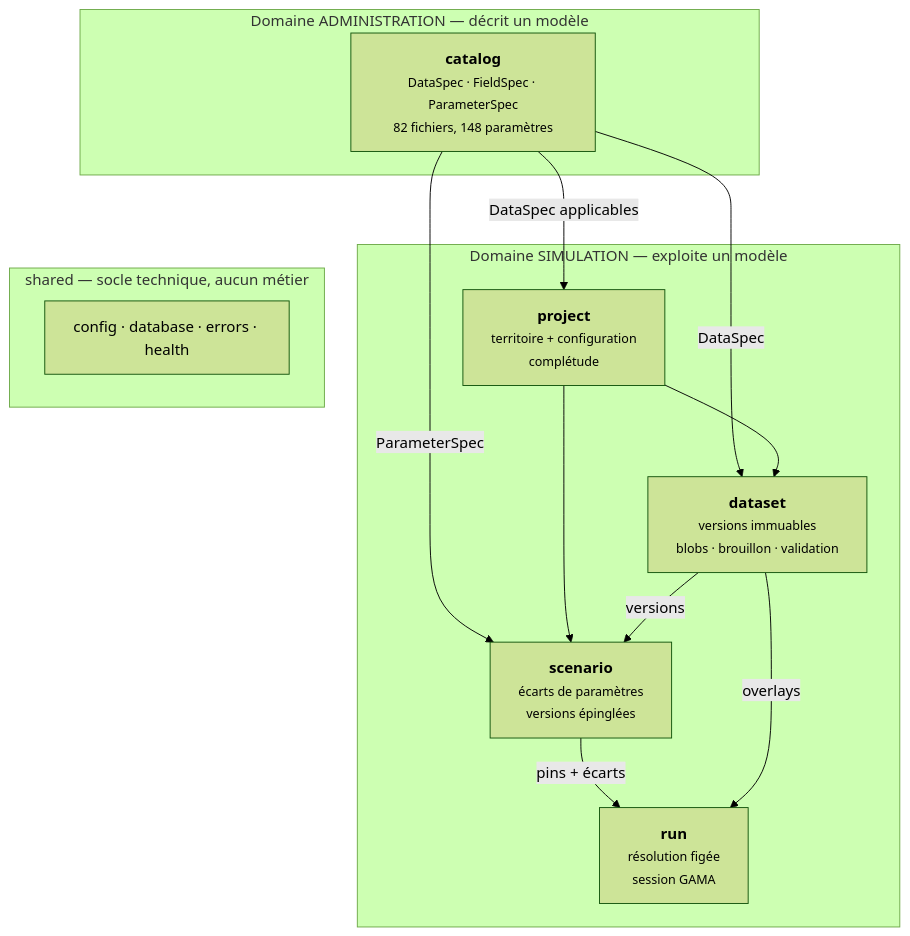
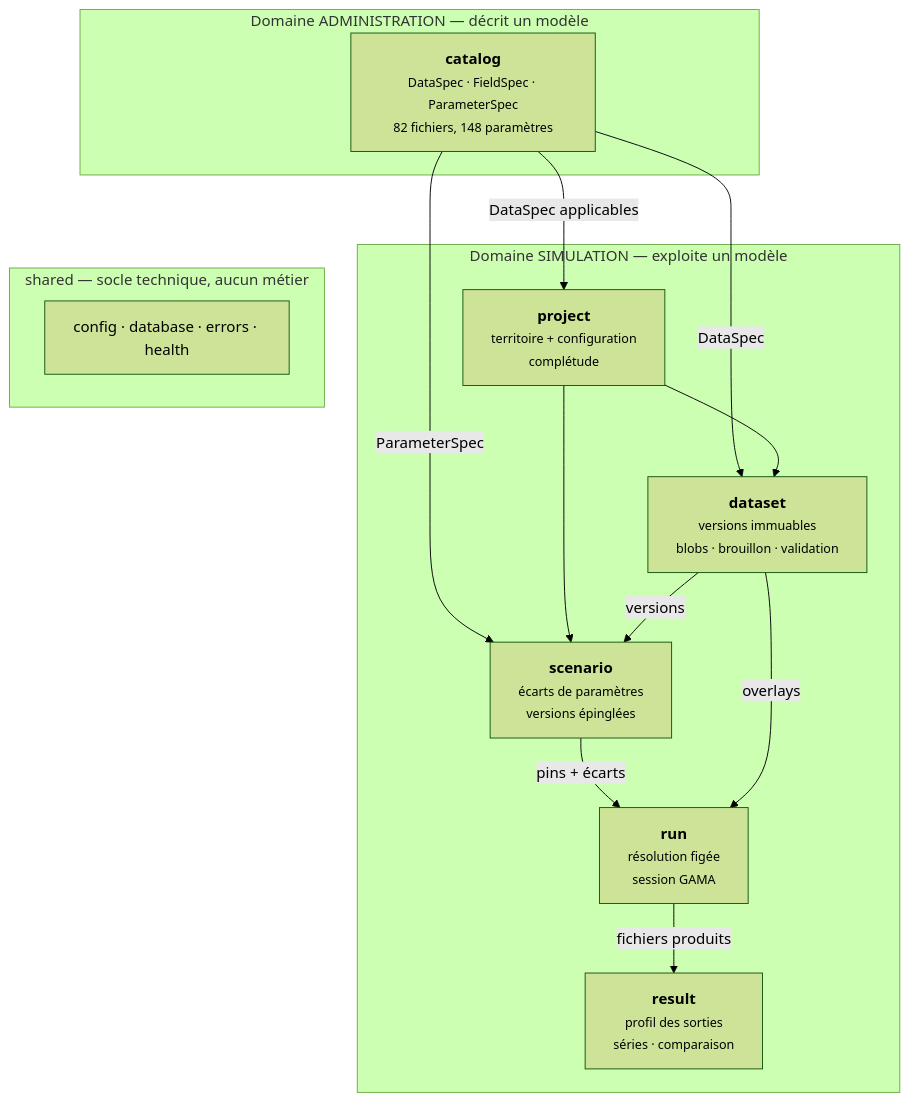
One commit to cakane95/headless-maelia changed the first of 9 diagrams in docs/docs/architecture/backend-domaines.md. Above: the diagram before and after it, drawn with Mermaid (forest theme). The commit also changed other lines of this file and 87 other files, not shown here.

````diff
--- a/docs/docs/architecture/backend-domaines.md
+++ b/docs/docs/architecture/backend-domaines.md
@@ -18,28 +18,30 @@
 ```mermaid
 flowchart TB
     subgraph ADMIN["Domaine ADMINISTRATION — décrit un modèle"]
         catalog["<b>catalog</b><br/><small>DataSpec · FieldSpec · ParameterSpec<br/>82 fichiers, 148 paramètres</small>"]
     end
 
     subgraph SIMU["Domaine SIMULATION — exploite un modèle"]
         project["<b>project</b><br/><small>territoire + configuration<br/>complétude</small>"]
         dataset["<b>dataset</b><br/><small>versions immuables<br/>blobs · brouillon · validation</small>"]
         scenario["<b>scenario</b><br/><small>écarts de paramètres<br/>versions épinglées</small>"]
         run["<b>run</b><br/><small>résolution figée<br/>session GAMA</small>"]
+        result["<b>result</b><br/><small>profil des sorties<br/>séries · comparaison</small>"]
     end
 
     subgraph SOCLE["shared — socle technique, aucun métier"]
         infra["config · database · errors · health"]
     end
 
     catalog -->|"DataSpec"| dataset
     catalog -->|"DataSpec applicables"| project
     catalog -->|"ParameterSpec"| scenario
     project --> dataset
     project --> scenario
     dataset -->|"versions"| scenario
     scenario -->|"pins + écarts"| run
     dataset -->|"overlays"| run
+    run -->|"fichiers produits"| result
 
     ADMIN ~~~ SOCLE
 ```
````
